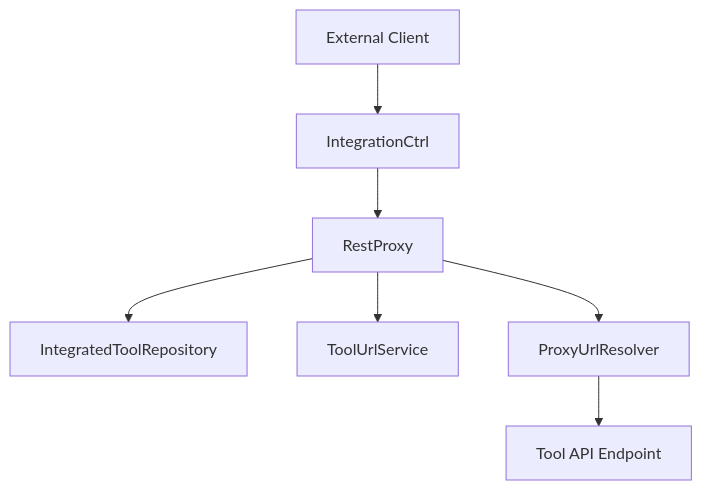
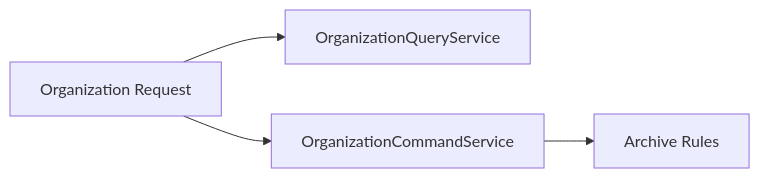
The fourth of 5 diagrams in docs/reference/architecture/external-api-service-core/external-api-service-core.md (flamingo-stack/openframe-oss-lib), drawn with Mermaid before and after one commit. The commit also changed other lines of this file and 1819 other files, not shown here.

````diff
--- a/docs/reference/architecture/external-api-service-core/external-api-service-core.md
+++ b/docs/reference/architecture/external-api-service-core/external-api-service-core.md
@@ -301,9 +246,6 @@
 ```mermaid
-flowchart TD
-    Client["External Client"] --> IntegrationCtrl
-    IntegrationCtrl --> RestProxy
-    RestProxy --> ToolRepo["IntegratedToolRepository"]
-    RestProxy --> UrlService["ToolUrlService"]
-    RestProxy --> Resolver["ProxyUrlResolver"]
-    Resolver --> Target["Tool API Endpoint"]
+flowchart LR
+    OrgRequest["Organization Request"] --> QueryService["OrganizationQueryService"]
+    OrgRequest --> CommandService["OrganizationCommandService"]
+    CommandService --> Validation["Archive Rules"]
 ```
````
